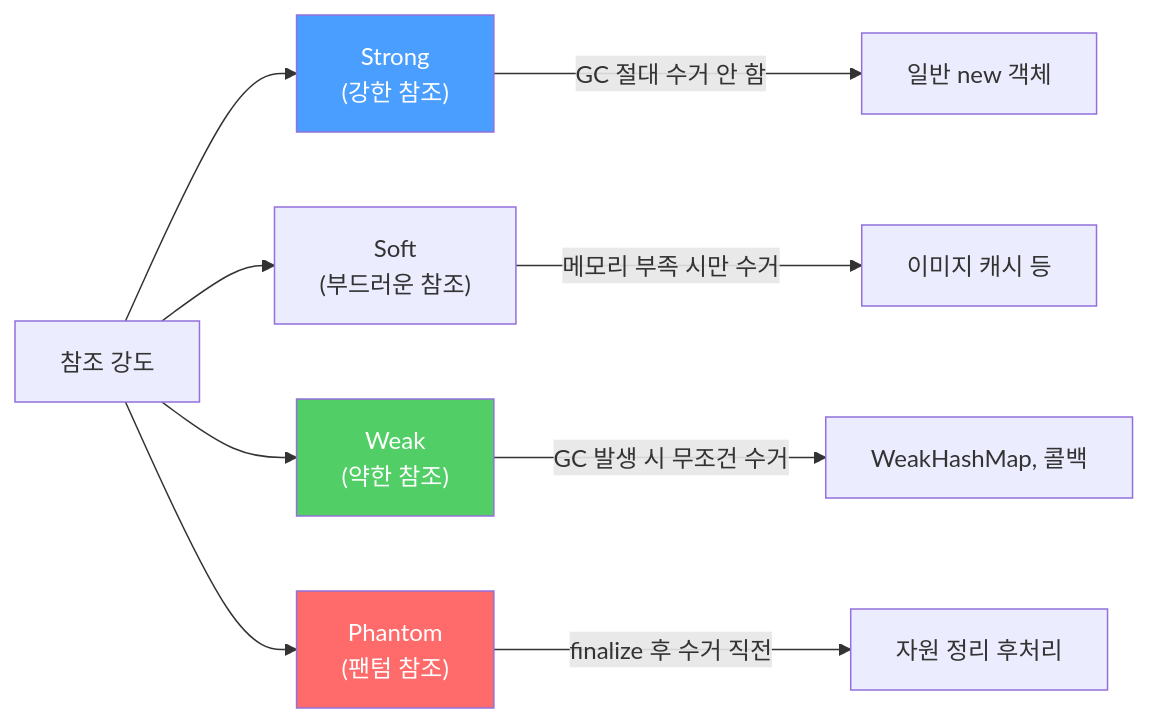
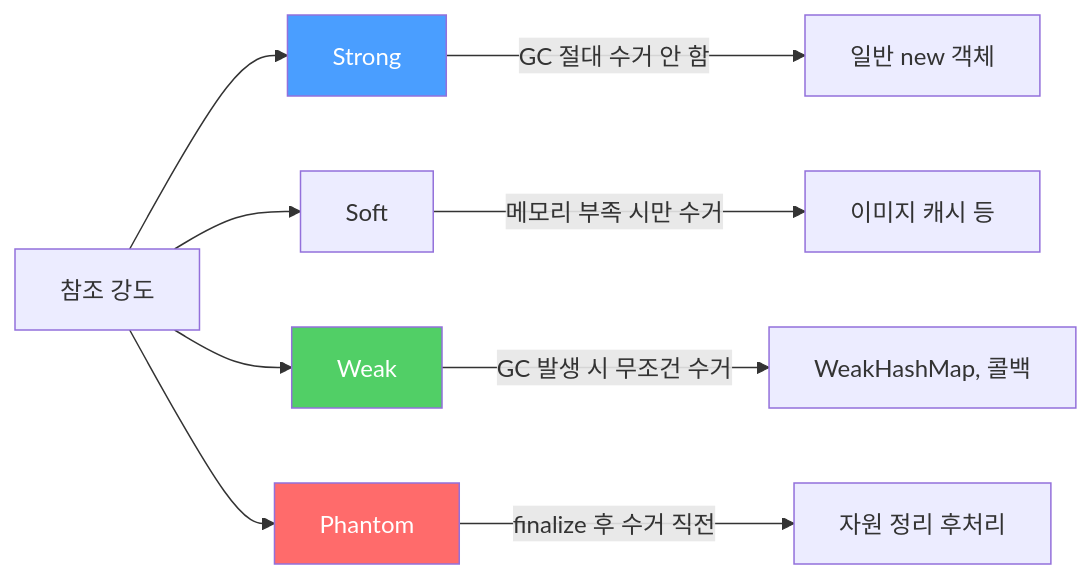
Before and after one commit to yjkim2015/yjkim2015.github.io: the second of 4 diagrams in _posts/java/2021-12-20-effective-java7.md, drawn with Mermaid. The commit also changed other lines of this file and 217 other files, not shown here.

First line of the commit message:
Mermaid 크기 수정: useMaxWidth:true + SVG max-width:100% + 라벨 축소

````diff
--- a/_posts/java/2021-12-20-effective-java7.md
+++ b/_posts/java/2021-12-20-effective-java7.md
@@ -145,14 +145,14 @@
 ```mermaid
 graph LR
-    A["참조 강도"] --> B["Strong\n(강한 참조)"]
-    A --> C["Soft\n(부드러운 참조)"]
-    A --> D["Weak\n(약한 참조)"]
-    A --> E["Phantom\n(팬텀 참조)"]
+    A["참조 강도"] --> B["Strong"]
+    A --> C["Soft"]
+    A --> D["Weak"]
+    A --> E["Phantom"]
     B -->|"GC 절대 수거 안 함"| B1["일반 new 객체"]
     C -->|"메모리 부족 시만 수거"| C1["이미지 캐시 등"]
     D -->|"GC 발생 시 무조건 수거"| D1["WeakHashMap, 콜백"]
     E -->|"finalize 후 수거 직전"| E1["자원 정리 후처리"]
     style B fill:#4a9eff,color:#fff
     style D fill:#51cf66,color:#fff
     style E fill:#ff6b6b,color:#fff
 ```
````
